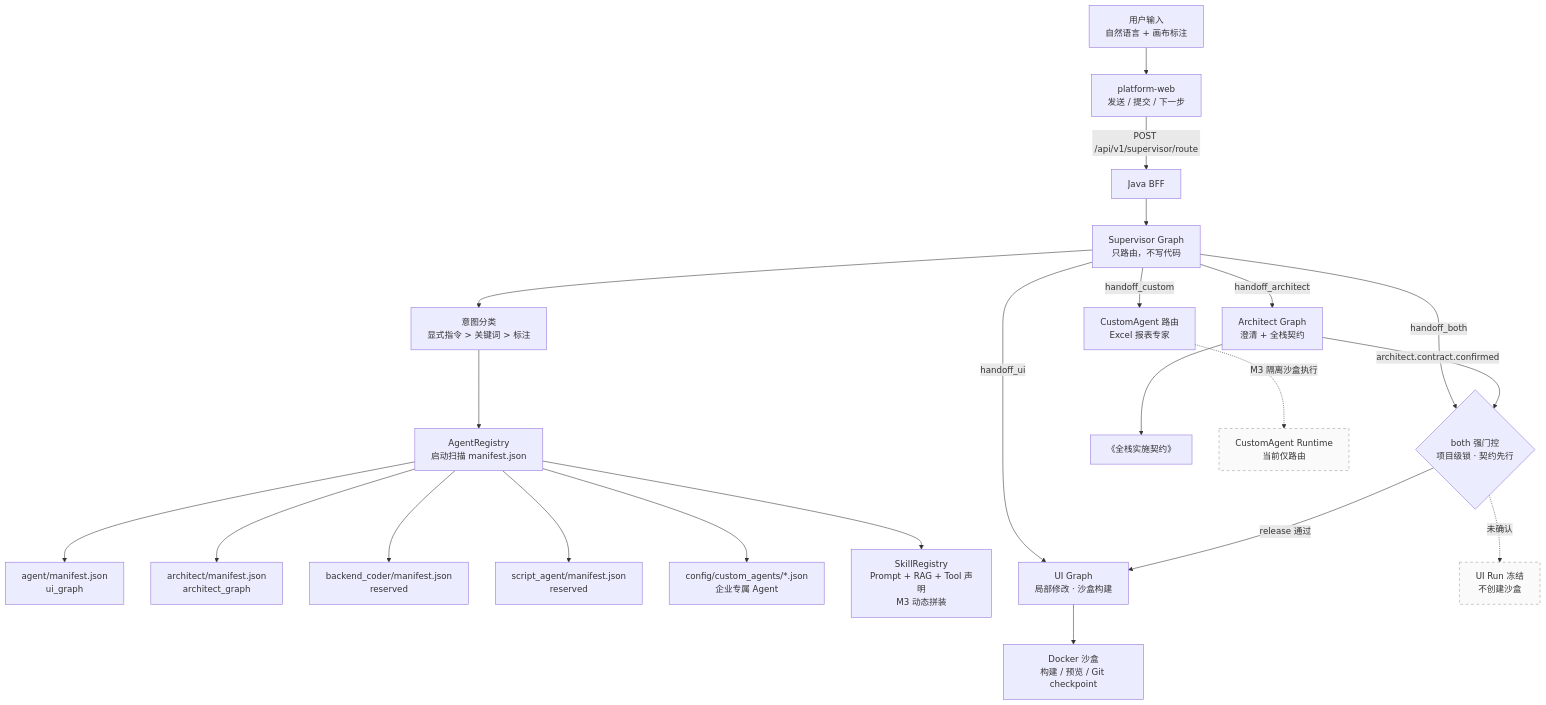
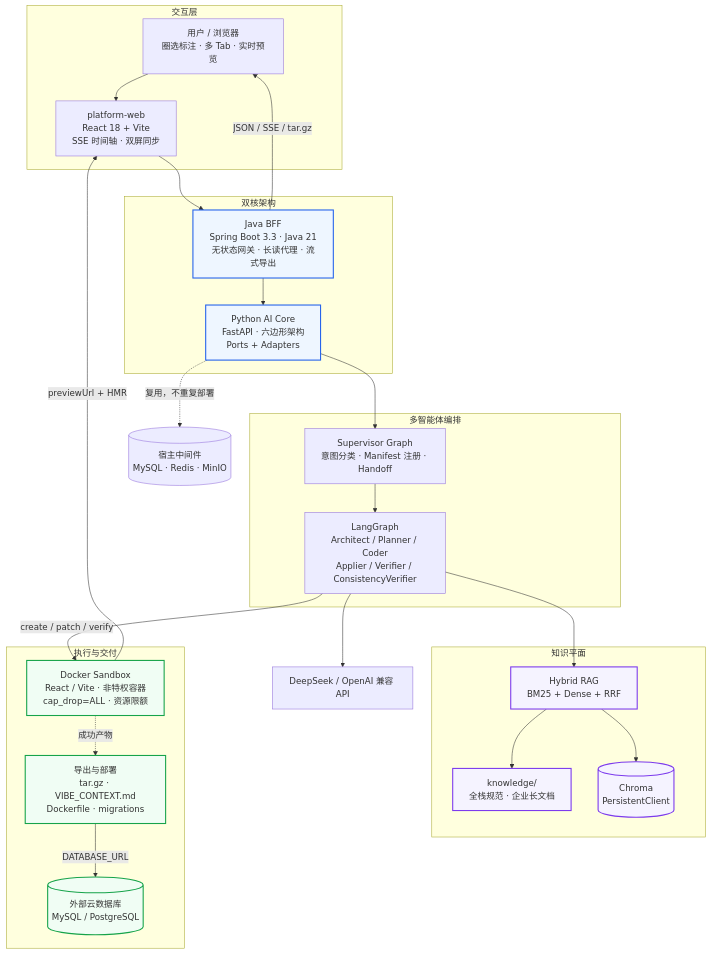
Before and after one commit to Cai199999/vibe-platform: the diagram in README.md, drawn with Mermaid. The commit also changed other lines of this file and 4 other files, not shown here.

````diff
--- a/README.md
+++ b/README.md
@@ -106,31 +46,51 @@
 ```mermaid
-flowchart TD
-    U["用户输入<br/>自然语言 + 画布标注"] --> FE["platform-web<br/>发送 / 提交 / 下一步"]
-    FE -->|"POST /api/v1/supervisor/route"| BFF["Java BFF"]
-    BFF --> SUP["Supervisor Graph<br/>只路由，不写代码"]
+flowchart TB
+    subgraph EDGE["交互层"]
+        U["用户 / 浏览器<br/>圈选标注 · 多 Tab · 实时预览"]
+        FE["platform-web<br/>React 18 + Vite<br/>SSE 时间轴 · 双屏同步"]
+    end
 
-    SUP --> CLS["意图分类<br/>显式指令 > 关键词 > 标注"]
-    CLS --> REG["AgentRegistry<br/>启动扫描 manifest.json"]
+    subgraph DUAL["双核架构"]
+        BFF["Java BFF<br/>Spring Boot 3.3 · Java 21<br/>无状态网关 · 长读代理 · 流式导出"]
+        API["Python AI Core<br/>FastAPI · 六边形架构<br/>Ports + Adapters"]
+    end
 
-    REG --> UI_M["agent/manifest.json<br/>ui_graph"]
-    REG --> AR_M["architect/manifest.json<br/>architect_graph"]
-    REG --> BC_M["backend_coder/manifest.json<br/>reserved"]
-    REG --> SA_M["script_agent/manifest.json<br/>reserved"]
-    REG --> CA_M["config/custom_agents/*.json<br/>企业专属 Agent"]
-    REG --> SK["SkillRegistry<br/>Prompt + RAG + Tool 声明<br/>M3 动态拼装"]
+    subgraph BRAIN["多智能体编排"]
+        SUP["Supervisor Graph<br/>意图分类 · Manifest 注册 · Handoff"]
+        LG["LangGraph<br/>Architect / Planner / Coder<br/>Applier / Verifier / ConsistencyVerifier"]
+    end
 
-    SUP -->|"handoff_ui"| UI["UI Graph<br/>局部修改 · 沙盒构建"]
-    SUP -->|"handoff_architect"| AR["Architect Graph<br/>澄清 + 全栈契约"]
-    SUP -->|"handoff_custom"| CA["CustomAgent 路由<br/>Excel 报表专家"]
-    SUP -->|"handoff_both"| GATE{"both 强门控<br/>项目级锁 · 契约先行"}
+    subgraph KNOWLEDGE["知识平面"]
+        RAG["Hybrid RAG<br/>BM25 + Dense + RRF"]
+        KB["knowledge/<br/>全栈规范 · 企业长文档"]
+        CHROMA[("Chroma<br/>PersistentClient")]
+    end
 
-    AR -->|"architect.contract.confirmed"| GATE
-    GATE -->|"release 通过"| UI
-    GATE -.->|"未确认"| BLOCK["UI Run 冻结<br/>不创建沙盒"]
-    UI --> SANDBOX["Docker 沙盒<br/>构建 / 预览 / Git checkpoint"]
-    AR --> CONTRACT["《全栈实施契约》"]
-    CA -.->|"M3 隔离沙盒执行"| FUTURE["CustomAgent Runtime<br/>当前仅路由"]
+    subgraph RUNTIME["执行与交付"]
+        SB["Docker Sandbox<br/>React / Vite · 非特权容器<br/>cap_drop=ALL · 资源限额"]
+        EXP["导出与部署<br/>tar.gz · VIBE_CONTEXT.md<br/>Dockerfile · migrations"]
+        CLOUD[("外部云数据库<br/>MySQL / PostgreSQL")]
+    end
 
-    classDef future stroke-dasharray: 5 5,stroke:#999,fill:#fafafa;
-    class FUTURE,BLOCK future;
+    LLM["DeepSeek / OpenAI 兼容 API"]
+    INFRA[("宿主中间件<br/>MySQL · Redis · MinIO")]
+
+    U --> FE --> BFF --> API --> SUP --> LG
+    BFF -->|"JSON / SSE / tar.gz"| U
+    LG --> RAG
+    RAG --> KB
+    RAG --> CHROMA
+    LG --> LLM
+    LG -->|"create / patch / verify"| SB
+    SB -->|"previewUrl + HMR"| FE
+    API -.->|"复用，不重复部署"| INFRA
+    SB -.->|"成功产物"| EXP
+    EXP -->|"DATABASE_URL"| CLOUD
+
+    classDef core fill:#eef6ff,stroke:#2563eb,stroke-width:2px;
+    classDef knowledge fill:#f5f3ff,stroke:#7c3aed,stroke-width:2px;
+    classDef runtime fill:#f0fdf4,stroke:#16a34a,stroke-width:2px;
+    class BFF,API core;
+    class RAG,KB,CHROMA knowledge;
+    class SB,EXP,CLOUD runtime;
 ```
````
